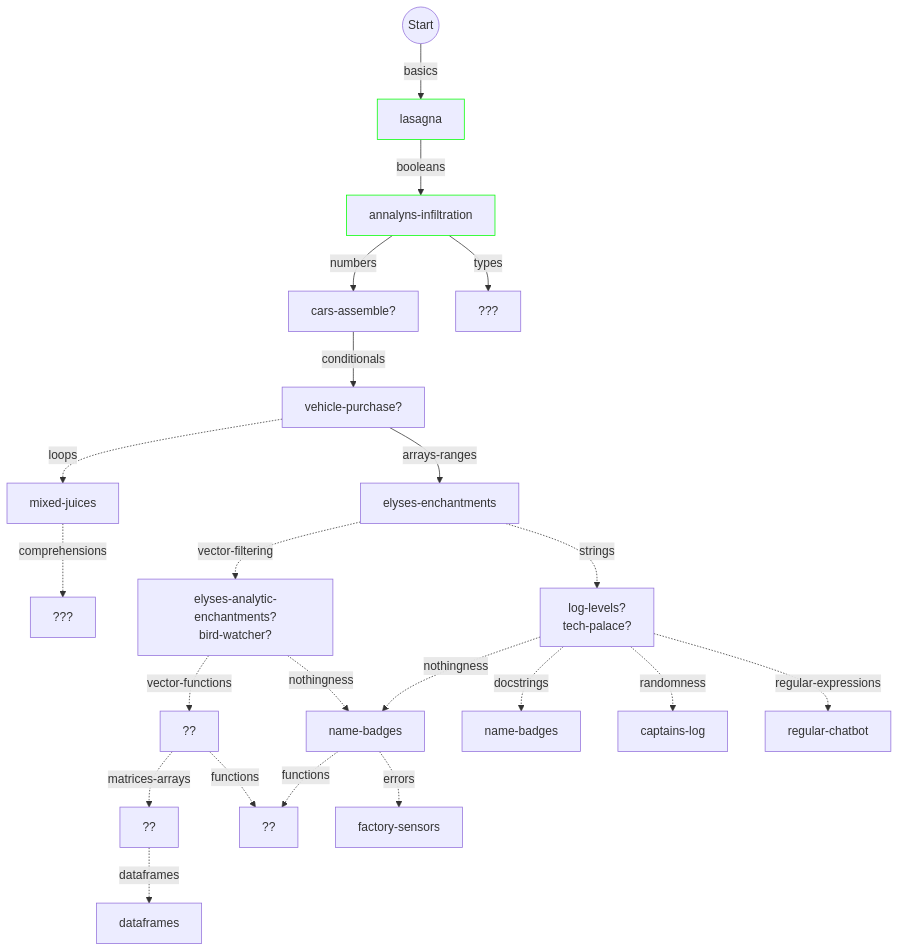
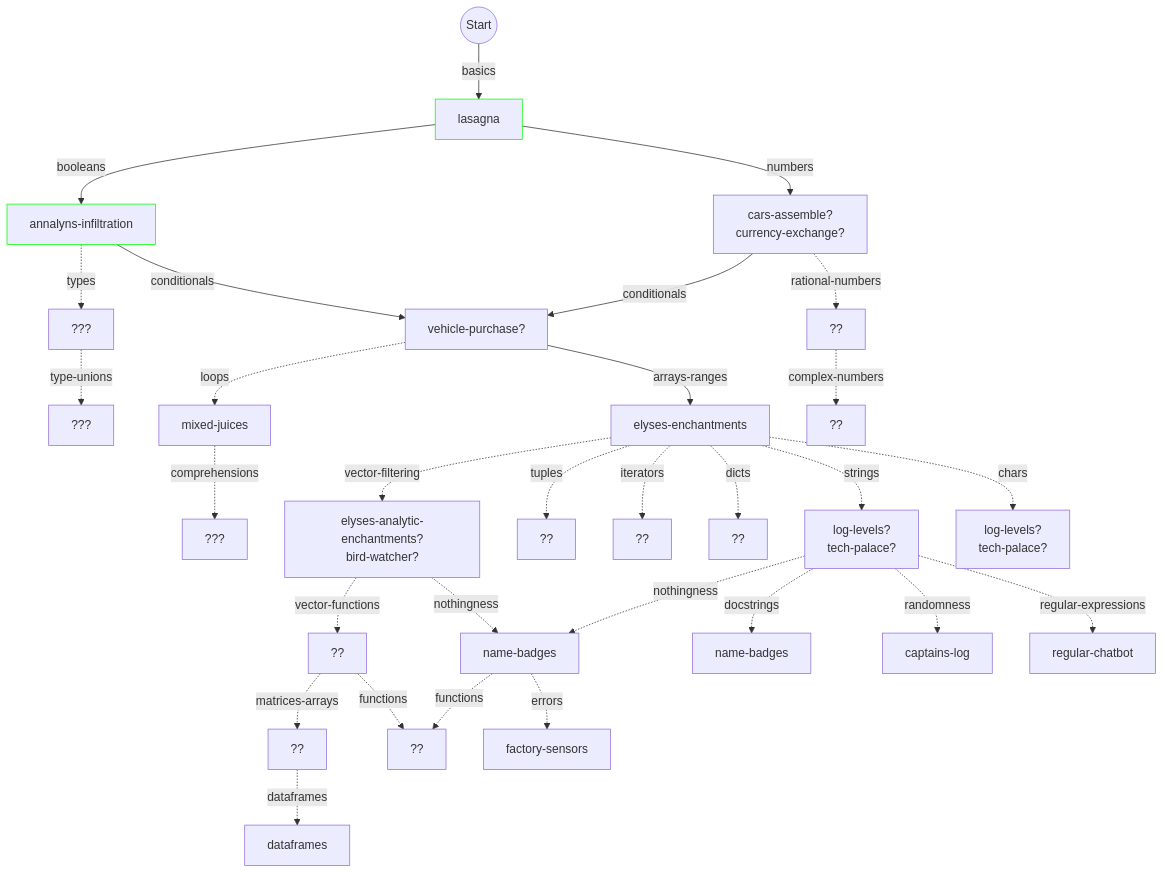
One commit to colinleach/learning-track-doodles changed the diagram in julia/flowchart.md. Above: the diagram before and after it, drawn with Mermaid.

Commit message:
flowchart a *bit* more thought-through

```diff
--- a/julia/flowchart.md
+++ b/julia/flowchart.md
@@ -17,11 +17,18 @@
 basics --booleans--> booleans["annalyns-infiltration"]
 style booleans stroke:#0f0
 
-booleans --numbers--> numbers["cars-assemble?"]
+basics --numbers--> numbers["cars-assemble?<br/>currency-exchange?"]
 %% style numbers fill:#0f0
 
-booleans --types--> types["???"]
+booleans -.types.-> types["???"]
 %% style types fill:#0f0
+
+types -.type-unions.-> type-unions["???"]
+%% style type-unions fill:#0f0
+
+booleans
+ --conditionals--> conditionals["vehicle-purchase?"]
+%% style conditionals fill:#0f0
 
 numbers --conditionals--> conditionals["vehicle-purchase?"]
 %% style conditionals fill:#0f0
@@ -35,13 +42,17 @@
 loops -.comprehensions.-> comprehensions["???"]
 %% style comprehensions stroke:#0f0
 
-%% name-attribute -.lists.-> lists["need-for-speed"]
-
 arrays-ranges -.vector-filtering.-> vector-filtering["elyses-analytic-enchantments?<br/>bird-watcher?"]
 %% style vector-filtering stroke:#0f0
 
-%% vector-filtering -.name-attribute.-> name-attribute["??"]
-%% style name-attribute fill:#f00,color:#fff
+arrays-ranges -.tuples.-> tuples["??"]
+%% style tuples stroke:#0f0
+
+arrays-ranges -.iterators.-> iterators["??"]
+%% style iterators stroke:#0f0
+
+arrays-ranges -.dicts.-> dicts["??"]
+%% style dicts stroke:#0f0
 
 vector-filtering -.vector-functions.-> vector-functions["??"]
 %% style vector-functions stroke:#f00
@@ -51,6 +62,9 @@
 
 arrays-ranges -.strings.-> strings["log-levels?<br/>tech-palace?"]
 %% style strings stroke:#0f0
+
+arrays-ranges -.chars.-> chars["log-levels?<br/>tech-palace?"]
+%% style chars stroke:#0f0
 
 strings -.docstrings.-> docstrings["name-badges"]
 %% style docstrings stroke:#0f0
@@ -63,19 +77,16 @@
 
 strings -.regular-expressions.-> regular-expressions["regular-chatbot"]
 
+numbers -.rational-numbers.-> rational-numbers["??"]
+%% style rational-numbers fill:#0f0
+
+rational-numbers -.complex-numbers.-> complex-numbers["??"]
+%% style complex-numbers fill:#0f0
+
 vector-functions -.matrices-arrays.-> matrices-arrays["??"]
 %% style matrices-arrays fill:#f00,color:#fff
 
-%% style apply-functions fill:#f00,color:#fff
-
-%% vector-functions -.dataframes.-> dataframes["??"]
-%% style dataframes fill:#f00,color:#fff
-
 matrices-arrays -.dataframes.-> dataframes
-%% dataframes -.factors.-> factors["??"]
-%% style factors fill:#f00,color:#fff
-
-%% dataframes -.apply-functions.-> apply-functions["??"]
 
 vector-functions -.functions.-> functions["??"]
 nothingness -.functions.-> functions["??"]
```
